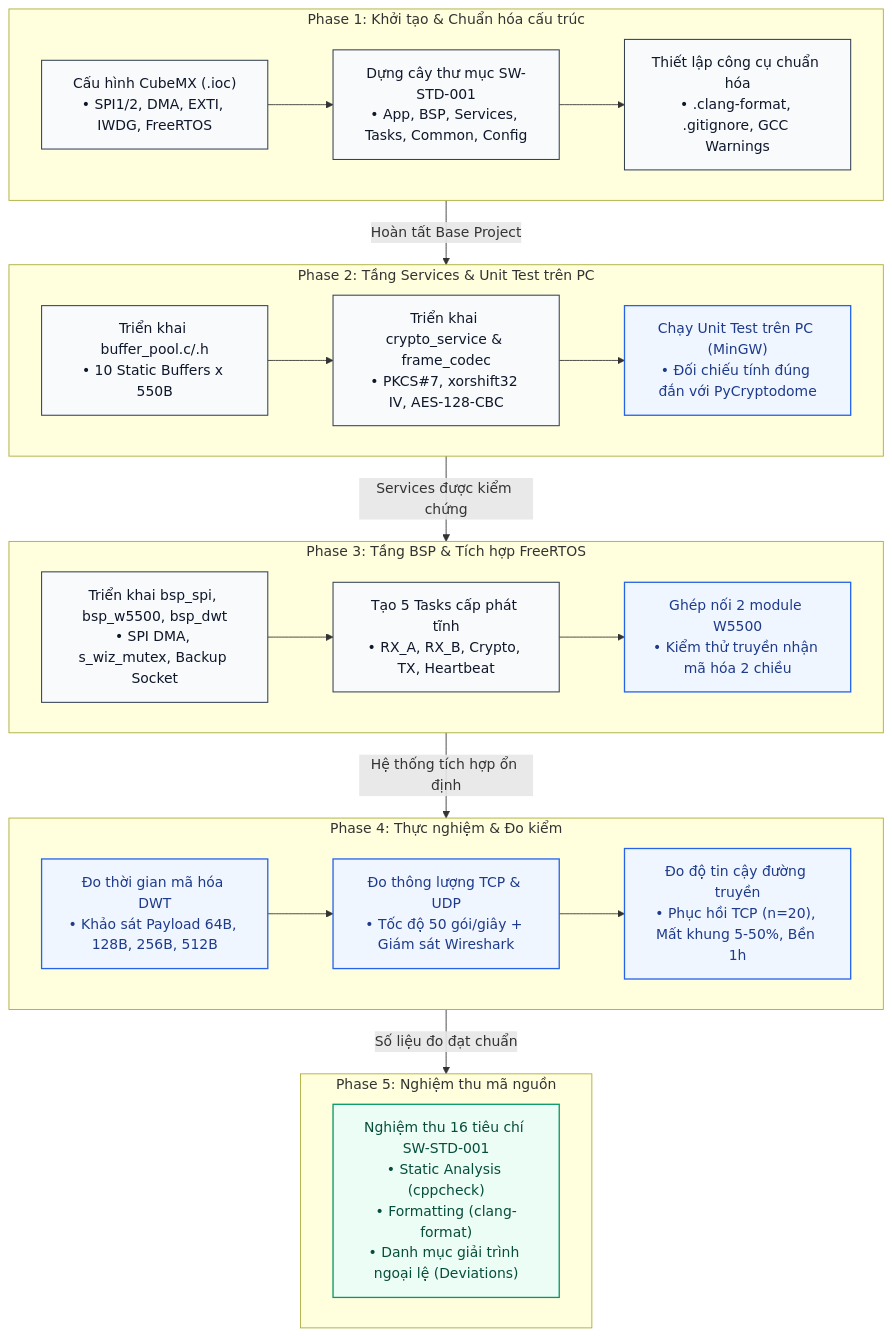
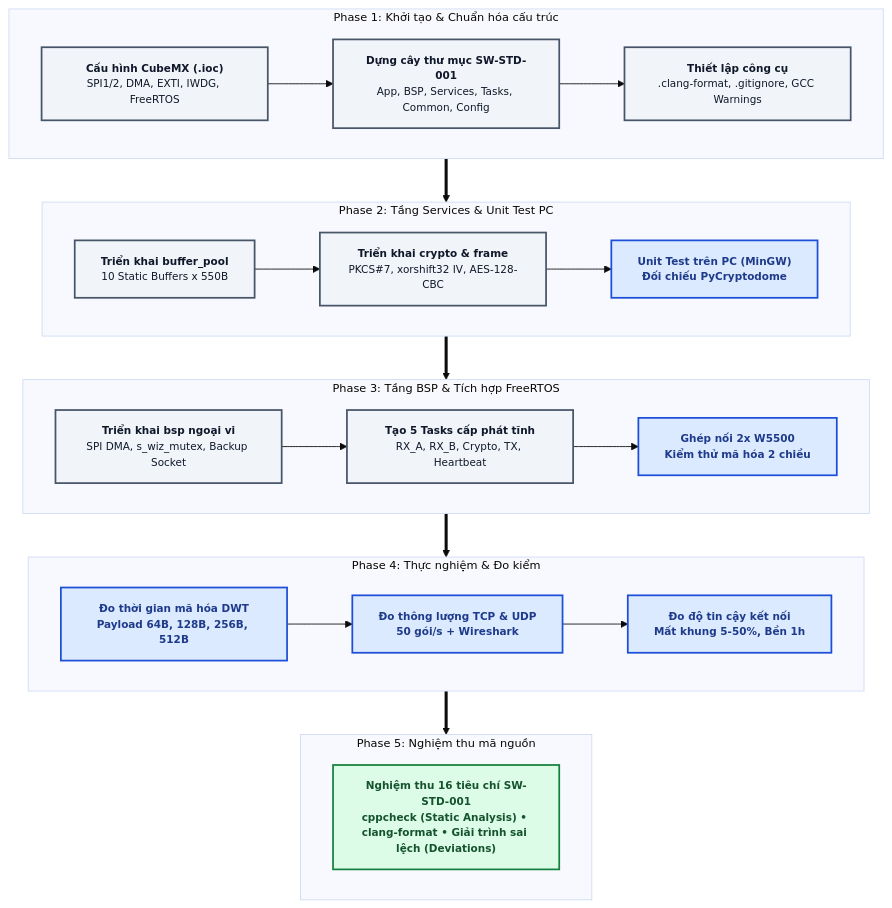
The first of 2 diagrams in README.md (Draconic211/Secure_Gateway_AES128_STM32), drawn with Mermaid before and after one commit. The commit also changed other lines of this file, not shown here.

````diff
--- a/README.md
+++ b/README.md
@@ -7,56 +7,55 @@
 ```mermaid
+%%{init: {'theme': 'base', 'themeVariables': { 'fontFamily': 'ui-sans-serif, system-ui, -apple-system, Segoe UI, Roboto, Helvetica, Arial, sans-serif', 'fontSize': '13px' }}}%%
 flowchart TD
     %% =============================================================
-    %% STYLING / PALETTE (Tối ưu Dark/Light Mode)
+    %% BẢNG MÀU TƯƠNG PHẢN CAO - DỄ ĐỌC TRÊN GITHUB
     %% =============================================================
-    classDef stepClass      fill:#F8FAFC,stroke:#334155,stroke-width:1.2px,color:#0F172A;
-    classDef highlightClass fill:#EFF6FF,stroke:#2563EB,stroke-width:1.5px,color:#1E3A8A;
-    classDef finalizeClass  fill:#ECFDF5,stroke:#059669,stroke-width:1.5px,color:#064E3B;
+    classDef default font-size:12px,color:#0F172A;
+    classDef stepClass      fill:#F1F5F9,stroke:#475569,stroke-width:2px,color:#0F172A,font-weight:500;
+    classDef highlightClass fill:#DBEAFE,stroke:#1D4ED8,stroke-width:2px,color:#1E3A8A,font-weight:600;
+    classDef finalizeClass  fill:#DCFCE7,stroke:#15803D,stroke-width:2px,color:#14532D,font-weight:600;
 
     %% =============================================================
-    %% CÁC GIAI ĐOẠN TRIỂN KHAI (DÀN HÀNG NGANG BÊN TRONG MỖI PHASE)
+    %% CÁC GIAI ĐOẠN (HÀNG NGANG)
     %% =============================================================
-    subgraph G1["Phase 1: Khởi tạo & Chuẩn hóa cấu trúc"]
+    subgraph G1[" Phase 1: Khởi tạo & Chuẩn hóa cấu trúc "]
         direction LR
-        A1["Cấu hình CubeMX (.ioc)<br/>• SPI1/2, DMA, EXTI, IWDG, FreeRTOS"] --> A2["Dựng cây thư mục SW-STD-001<br/>• App, BSP, Services, Tasks, Common, Config"]
-        A2 --> A3["Thiết lập công cụ chuẩn hóa<br/>• .clang-format, .gitignore, GCC Warnings"]
+        A1["<b>Cấu hình CubeMX (.ioc)</b><br/>SPI1/2, DMA, EXTI, IWDG, FreeRTOS"] --> A2["<b>Dựng cây thư mục SW-STD-001</b><br/>App, BSP, Services, Tasks, Common, Config"]
+        A2 --> A3["<b>Thiết lập công cụ</b><br/>.clang-format, .gitignore, GCC Warnings"]
     end
 
-    subgraph G2["Phase 2: Tầng Services & Unit Test trên PC"]
+    subgraph G2[" Phase 2: Tầng Services & Unit Test PC "]
         direction LR
-        B1["Triển khai buffer_pool.c/.h<br/>• 10 Static Buffers x 550B"] --> B2["Triển khai crypto_service & frame_codec<br/>• PKCS#7, xorshift32 IV, AES-128-CBC"]
-        B2 --> B3["Chạy Unit Test trên PC (MinGW)<br/>• Đối chiếu tính đúng đắn với PyCryptodome"]
+        B1["<b>Triển khai buffer_pool</b><br/>10 Static Buffers x 550B"] --> B2["<b>Triển khai crypto & frame</b><br/>PKCS#7, xorshift32 IV, AES-128-CBC"]
+        B2 --> B3["<b>Unit Test trên PC (MinGW)</b><br/>Đối chiếu PyCryptodome"]
     end
 
-    subgraph G3["Phase 3: Tầng BSP & Tích hợp FreeRTOS"]
+    subgraph G3[" Phase 3: Tầng BSP & Tích hợp FreeRTOS "]
         direction LR
-        C1["Triển khai bsp_spi, bsp_w5500, bsp_dwt<br/>• SPI DMA, s_wiz_mutex, Backup Socket"] --> C2["Tạo 5 Tasks cấp phát tĩnh<br/>• RX_A, RX_B, Crypto, TX, Heartbeat"]
-        C2 --> C3["Ghép nối 2 module W5500<br/>• Kiểm thử truyền nhận mã hóa 2 chiều"]
+        C1["<b>Triển khai bsp ngoại vi</b><br/>SPI DMA, s_wiz_mutex, Backup Socket"] --> C2["<b>Tạo 5 Tasks cấp phát tĩnh</b><br/>RX_A, RX_B, Crypto, TX, Heartbeat"]
+        C2 --> C3["<b>Ghép nối 2x W5500</b><br/>Kiểm thử mã hóa 2 chiều"]
     end
 
-    subgraph G4["Phase 4: Thực nghiệm & Đo kiểm"]
+    subgraph G4[" Phase 4: Thực nghiệm & Đo kiểm "]
         direction LR
-        D1["Đo thời gian mã hóa DWT<br/>• Khảo sát Payload 64B, 128B, 256B, 512B"] --> D2["Đo thông lượng TCP & UDP<br/>• Tốc độ 50 gói/giây + Giám sát Wireshark"]
-        D2 --> D3["Đo độ tin cậy đường truyền<br/>• Phục hồi TCP (n=20), Mất khung 5-50%, Bền 1h"]
+        D1["<b>Đo thời gian mã hóa DWT</b><br/>Payload 64B, 128B, 256B, 512B"] --> D2["<b>Đo thông lượng TCP & UDP</b><br/>50 gói/s + Wireshark"]
+        D2 --> D3["<b>Đo độ tin cậy kết nối</b><br/>Mất khung 5-50%, Bền 1h"]
     end
 
-    subgraph G5["Phase 5: Nghiệm thu mã nguồn"]
+    subgraph G5[" Phase 5: Nghiệm thu mã nguồn "]
         direction LR
-        E1["Nghiệm thu 16 tiêu chí SW-STD-001<br/>• Static Analysis (cppcheck)<br/>• Formatting (clang-format)<br/>• Danh mục giải trình ngoại lệ (Deviations)"]
+        E1["<b>Nghiệm thu 16 tiêu chí SW-STD-001</b><br/>cppcheck (Static Analysis) • clang-format • Giải trình sai lệch (Deviations)"]
     end
 
     %% =============================================================
-    %% LIÊN KẾT TUẦN TỰ GIỮA CÁC GIAI ĐOẠN
+    %% LIÊN KẾT TUẦN TỰ
     %% =============================================================
-    G1 -->|"Hoàn tất Base Project"| G2
-    G2 -->|"Services được kiểm chứng"| G3
-    G3 -->|"Hệ thống tích hợp ổn định"| G4
-    G4 -->|"Số liệu đo đạt chuẩn"| G5
+    G1 ==> G2 ==> G3 ==> G4 ==> G5
 
     %% =============================================================
-    %% GÁN CLASS STYLE
+    %% ÁP DỤNG STYLE
     %% =============================================================
     class A1,A2,A3,B1,B2,C1,C2 stepClass;
     class B3,C3,D1,D2,D3 highlightClass;
     class E1 finalizeClass;
 ```
````
